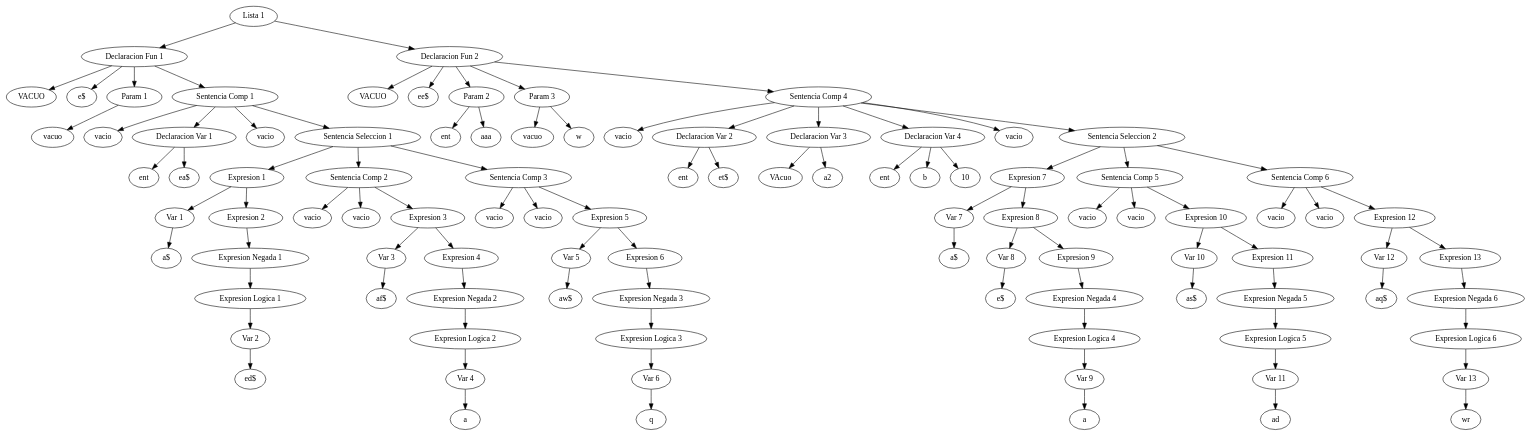
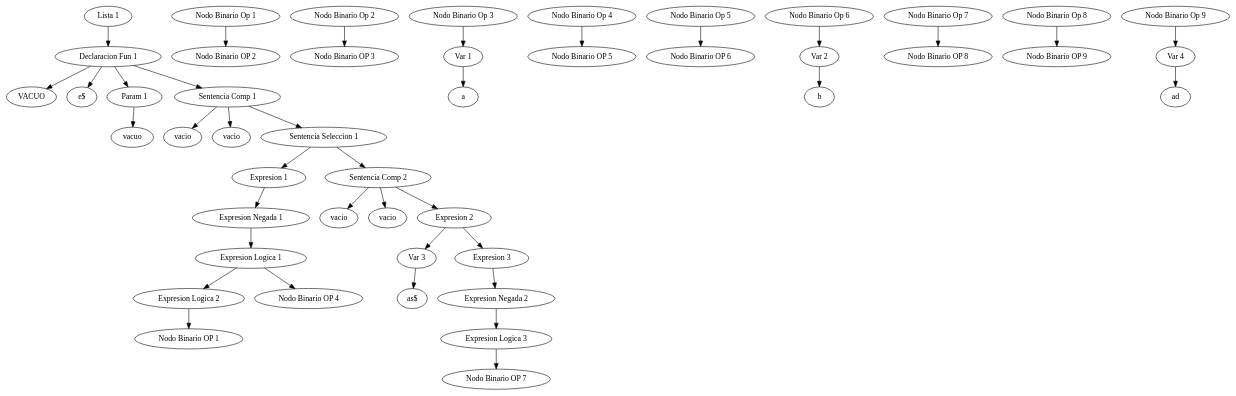
One commit to lancal/TallerCompiladores2018 changed the diagram in tree.dot. Above: the diagram before and after it, drawn with Graphviz. The commit also changed 8 other files, not shown here.

```diff
--- a/tree.dot
+++ b/tree.dot
@@ -1,143 +1,50 @@
 digraph G {
 	"Lista 1" -> "Declaracion Fun 1"
 	1 [label="VACUO"]
 	"Declaracion Fun 1" -> 1
 	2 [label="e$"]
 	"Declaracion Fun 1" -> 2
 	"Declaracion Fun 1" -> "Param 1"
 	3 [label="vacuo"]
 	"Param 1" -> 3
 	"Declaracion Fun 1" -> "Sentencia Comp 1"
 	4 [label="vacio"]
 	"Sentencia Comp 1" -> 4
-	"Sentencia Comp 1" -> "Declaracion Var 1"
-	5 [label="ent"]
-	"Declaracion Var 1" -> 5
-	6 [label="ea$"]
-	"Declaracion Var 1" -> 6
-	7 [label="vacio"]
-	"Sentencia Comp 1" -> 7
+	5 [label="vacio"]
+	"Sentencia Comp 1" -> 5
 	"Sentencia Comp 1" -> "Sentencia Seleccion 1"
 	"Sentencia Seleccion 1" -> "Expresion 1"
-	"Expresion 1" -> "Var 1"
-	8 [label="a$"]
-	"Var 1" -> 8
-	"Expresion 1" -> "Expresion 2"
-	"Expresion 2" -> "Expresion Negada 1"
+	"Expresion 1" -> "Expresion Negada 1"
 	"Expresion Negada 1" -> "Expresion Logica 1"
-	"Expresion Logica 1" -> "Var 2"
-	9 [label="ed$"]
-	"Var 2" -> 9
+	"Expresion Logica 1" -> "Expresion Logica 2"
+	"Expresion Logica 2" -> "Nodo Binario OP 1"
+	"Nodo Binario Op 1" -> "Nodo Binario OP 2"
+	"Nodo Binario Op 2" -> "Nodo Binario OP 3"
+	"Nodo Binario Op 3" -> "Var 1"
+	6 [label="a"]
+	"Var 1" -> 6
+	"Expresion Logica 1" -> "Nodo Binario OP 4"
+	"Nodo Binario Op 4" -> "Nodo Binario OP 5"
+	"Nodo Binario Op 5" -> "Nodo Binario OP 6"
+	"Nodo Binario Op 6" -> "Var 2"
+	7 [label="b"]
+	"Var 2" -> 7
 	"Sentencia Seleccion 1" -> "Sentencia Comp 2"
-	10 [label="vacio"]
-	"Sentencia Comp 2" -> 10
-	11 [label="vacio"]
-	"Sentencia Comp 2" -> 11
-	"Sentencia Comp 2" -> "Expresion 3"
-	"Expresion 3" -> "Var 3"
-	12 [label="af$"]
-	"Var 3" -> 12
-	"Expresion 3" -> "Expresion 4"
-	"Expresion 4" -> "Expresion Negada 2"
-	"Expresion Negada 2" -> "Expresion Logica 2"
-	"Expresion Logica 2" -> "Var 4"
-	13 [label="a"]
-	"Var 4" -> 13
-	"Sentencia Seleccion 1" -> "Sentencia Comp 3"
-	14 [label="vacio"]
-	"Sentencia Comp 3" -> 14
-	15 [label="vacio"]
-	"Sentencia Comp 3" -> 15
-	"Sentencia Comp 3" -> "Expresion 5"
-	"Expresion 5" -> "Var 5"
-	16 [label="aw$"]
-	"Var 5" -> 16
-	"Expresion 5" -> "Expresion 6"
-	"Expresion 6" -> "Expresion Negada 3"
-	"Expresion Negada 3" -> "Expresion Logica 3"
-	"Expresion Logica 3" -> "Var 6"
-	17 [label="q"]
-	"Var 6" -> 17
-	"Lista 1" -> "Declaracion Fun 2"
-	18 [label="VACUO"]
-	"Declaracion Fun 2" -> 18
-	19 [label="ee$"]
-	"Declaracion Fun 2" -> 19
-	"Declaracion Fun 2" -> "Param 2"
-	20 [label="ent"]
-	"Param 2" -> 20
-	21 [label="aaa"]
-	"Param 2" -> 21
-	"Declaracion Fun 2" -> "Param 3"
-	22 [label="vacuo"]
-	"Param 3" -> 22
-	23 [label="w"]
-	"Param 3" -> 23
-	"Declaracion Fun 2" -> "Sentencia Comp 4"
-	24 [label="vacio"]
-	"Sentencia Comp 4" -> 24
-	"Sentencia Comp 4" -> "Declaracion Var 2"
-	25 [label="ent"]
-	"Declaracion Var 2" -> 25
-	26 [label="et$"]
-	"Declaracion Var 2" -> 26
-	"Sentencia Comp 4" -> "Declaracion Var 3"
-	27 [label="VAcuo"]
-	"Declaracion Var 3" -> 27
-	28 [label="a2"]
-	"Declaracion Var 3" -> 28
-	"Sentencia Comp 4" -> "Declaracion Var 4"
-	29 [label="ent"]
-	"Declaracion Var 4" -> 29
-	30 [label="b"]
-	"Declaracion Var 4" -> 30
-	31 [label="10"]
-	"Declaracion Var 4" -> 31
-	32 [label="vacio"]
-	"Sentencia Comp 4" -> 32
-	"Sentencia Comp 4" -> "Sentencia Seleccion 2"
-	"Sentencia Seleccion 2" -> "Expresion 7"
-	"Expresion 7" -> "Var 7"
-	33 [label="a$"]
-	"Var 7" -> 33
-	"Expresion 7" -> "Expresion 8"
-	"Expresion 8" -> "Var 8"
-	34 [label="e$"]
-	"Var 8" -> 34
-	"Expresion 8" -> "Expresion 9"
-	"Expresion 9" -> "Expresion Negada 4"
-	"Expresion Negada 4" -> "Expresion Logica 4"
-	"Expresion Logica 4" -> "Var 9"
-	35 [label="a"]
-	"Var 9" -> 35
-	"Sentencia Seleccion 2" -> "Sentencia Comp 5"
-	36 [label="vacio"]
-	"Sentencia Comp 5" -> 36
-	37 [label="vacio"]
-	"Sentencia Comp 5" -> 37
-	"Sentencia Comp 5" -> "Expresion 10"
-	"Expresion 10" -> "Var 10"
-	38 [label="as$"]
-	"Var 10" -> 38
-	"Expresion 10" -> "Expresion 11"
-	"Expresion 11" -> "Expresion Negada 5"
-	"Expresion Negada 5" -> "Expresion Logica 5"
-	"Expresion Logica 5" -> "Var 11"
-	39 [label="ad"]
-	"Var 11" -> 39
-	"Sentencia Seleccion 2" -> "Sentencia Comp 6"
-	40 [label="vacio"]
-	"Sentencia Comp 6" -> 40
-	41 [label="vacio"]
-	"Sentencia Comp 6" -> 41
-	"Sentencia Comp 6" -> "Expresion 12"
-	"Expresion 12" -> "Var 12"
-	42 [label="aq$"]
-	"Var 12" -> 42
-	"Expresion 12" -> "Expresion 13"
-	"Expresion 13" -> "Expresion Negada 6"
-	"Expresion Negada 6" -> "Expresion Logica 6"
-	"Expresion Logica 6" -> "Var 13"
-	43 [label="wr"]
-	"Var 13" -> 43
+	8 [label="vacio"]
+	"Sentencia Comp 2" -> 8
+	9 [label="vacio"]
+	"Sentencia Comp 2" -> 9
+	"Sentencia Comp 2" -> "Expresion 2"
+	"Expresion 2" -> "Var 3"
+	10 [label="as$"]
+	"Var 3" -> 10
+	"Expresion 2" -> "Expresion 3"
+	"Expresion 3" -> "Expresion Negada 2"
+	"Expresion Negada 2" -> "Expresion Logica 3"
+	"Expresion Logica 3" -> "Nodo Binario OP 7"
+	"Nodo Binario Op 7" -> "Nodo Binario OP 8"
+	"Nodo Binario Op 8" -> "Nodo Binario OP 9"
+	"Nodo Binario Op 9" -> "Var 4"
+	11 [label="ad"]
+	"Var 4" -> 11
 }
```
